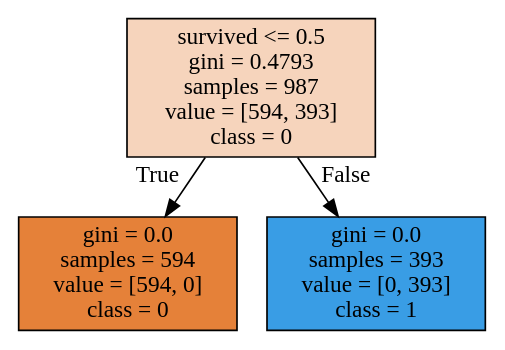
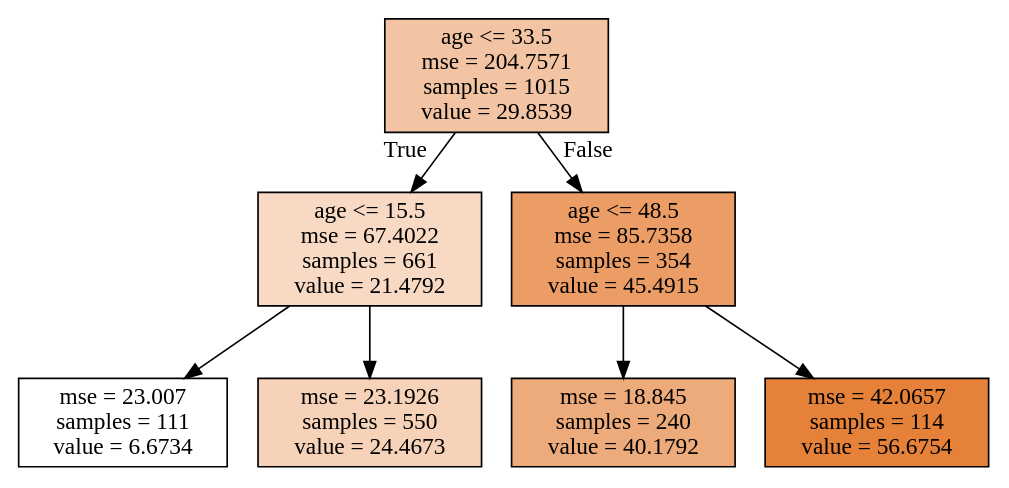
The diagram in hw5/tree2.dot (abbyschantz/cs35), drawn with Graphviz before and after one commit. The commit also changed 5 other files, not shown here.

```diff
--- a/hw5/tree2.dot
+++ b/hw5/tree2.dot
@@ -1,11 +1,20 @@
 digraph Tree {
 node [shape=box, style="filled", color="black"] ;
 graph [ranksep=equally, splines=polyline] ;
-0 [label="survived <= 0.5\ngini = 0.4793\nsamples = 987\nvalue = [594, 393]\nclass = 0", fillcolor="#e5813956"] ;
-1 [label="gini = 0.0\nsamples = 594\nvalue = [594, 0]\nclass = 0", fillcolor="#e58139ff"] ;
+0 [label="age <= 33.5\nmse = 204.7571\nsamples = 1015\nvalue = 29.8539", fillcolor="#e5813976"] ;
+1 [label="age <= 15.5\nmse = 67.4022\nsamples = 661\nvalue = 21.4792", fillcolor="#e581394c"] ;
 0 -> 1 [labeldistance=2.5, labelangle=45, headlabel="True"] ;
-2 [label="gini = 0.0\nsamples = 393\nvalue = [0, 393]\nclass = 1", fillcolor="#399de5ff"] ;
-0 -> 2 [labeldistance=2.5, labelangle=-45, headlabel="False"] ;
+2 [label="mse = 23.007\nsamples = 111\nvalue = 6.6734", fillcolor="#e5813900"] ;
+1 -> 2 ;
+3 [label="mse = 23.1926\nsamples = 550\nvalue = 24.4673", fillcolor="#e581395b"] ;
+1 -> 3 ;
+4 [label="age <= 48.5\nmse = 85.7358\nsamples = 354\nvalue = 45.4915", fillcolor="#e58139c6"] ;
+0 -> 4 [labeldistance=2.5, labelangle=-45, headlabel="False"] ;
+5 [label="mse = 18.845\nsamples = 240\nvalue = 40.1792", fillcolor="#e58139ab"] ;
+4 -> 5 ;
+6 [label="mse = 42.0657\nsamples = 114\nvalue = 56.6754", fillcolor="#e58139ff"] ;
+4 -> 6 ;
 {rank=same ; 0} ;
-{rank=same ; 1; 2} ;
+{rank=same ; 1; 4} ;
+{rank=same ; 2; 3; 5; 6} ;
 }
```
